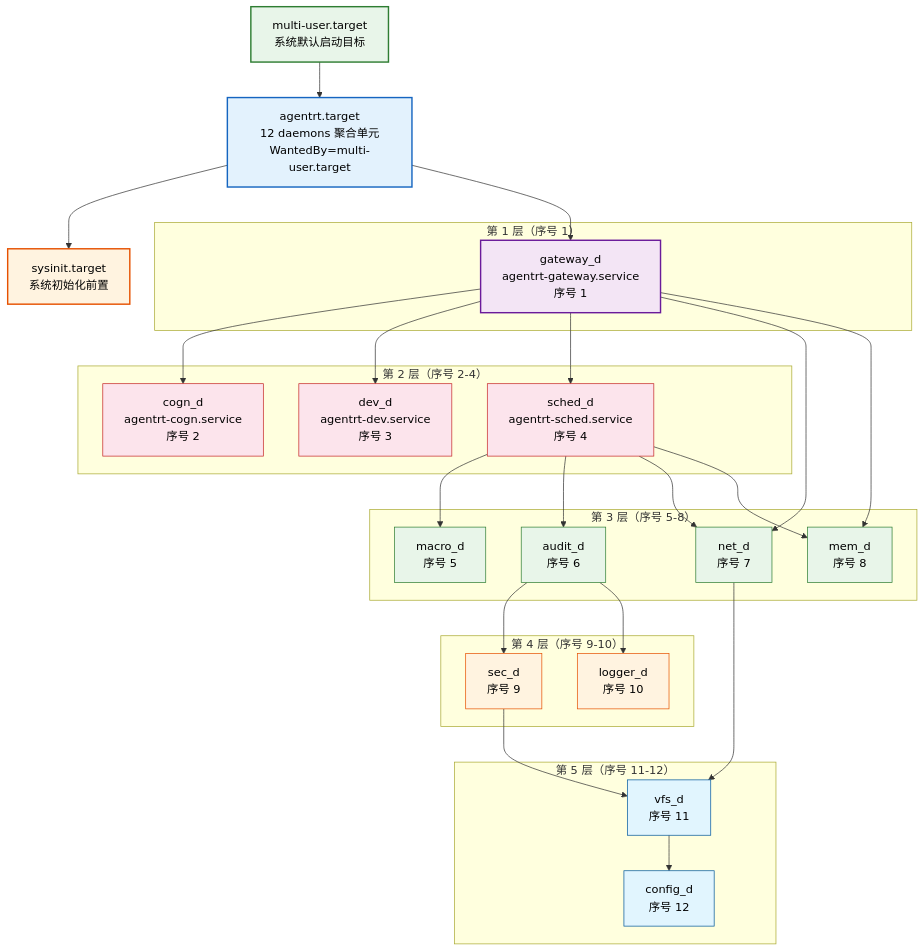
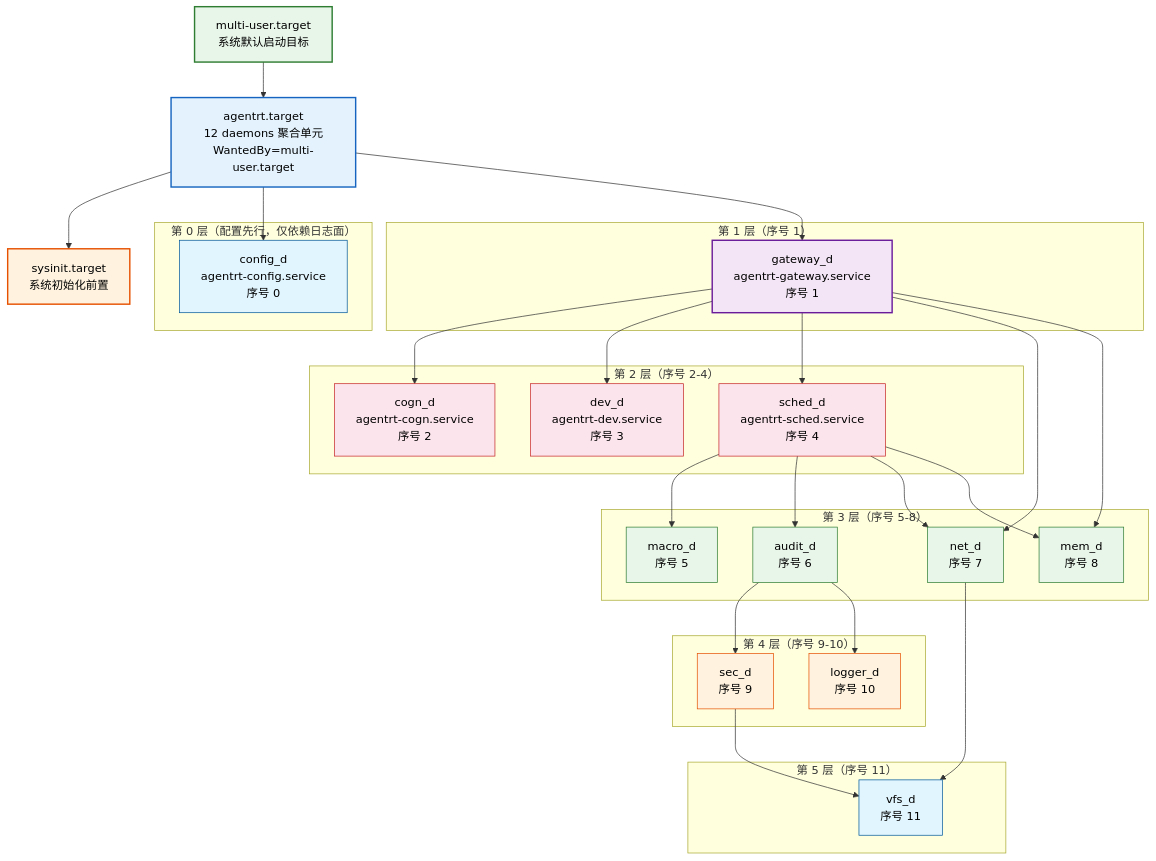
One commit to openairymax/docs-linux changed the sixth of 6 diagrams in 100-operations/01-deployment.md. Above: the diagram before and after it, drawn with Mermaid. The commit also changed other lines of this file and 2 other files, not shown here.

Commit message:
operations: 对齐配置面启动次序与内核观测点语义 配置面改为常驻通知型服务后，启动次序不再经由 vfs 串接，文档中的 依赖表、分层图与模块描述随之更新；同时明确能力面几何由内核发布、 配置侧只做一致性校验，并修正配置格式与降级来源的表述。

````diff
--- a/100-operations/01-deployment.md
+++ b/100-operations/01-deployment.md
@@ -670,68 +670,72 @@
 ```mermaid
 graph TD
     MT["multi-user.target<br/>系统默认启动目标"]
     AT["agentrt.target<br/>12 daemons 聚合单元<br/>WantedBy=multi-user.target"]
     SI["sysinit.target<br/>系统初始化前置"]
 
     MT --> AT
     AT --> SI
+
+    subgraph L0["第 0 层（配置先行，仅依赖日志面）"]
+        CONFIG["config_d<br/>agentrt-config.service<br/>序号 0"]
+    end
 
     subgraph L1["第 1 层（序号 1）"]
         GW["gateway_d<br/>agentrt-gateway.service<br/>序号 1"]
     end
 
     subgraph L2["第 2 层（序号 2-4）"]
         COGN["cogn_d<br/>agentrt-cogn.service<br/>序号 2"]
         DEV["dev_d<br/>agentrt-dev.service<br/>序号 3"]
         SCHED["sched_d<br/>agentrt-sched.service<br/>序号 4"]
     end
 
     subgraph L3["第 3 层（序号 5-8）"]
         MS["macro_d<br/>序号 5"]
         AUDIT["audit_d<br/>序号 6"]
         NET["net_d<br/>序号 7"]
         MEM["mem_d<br/>序号 8"]
     end
 
     subgraph L4["第 4 层（序号 9-10）"]
         SEC["sec_d<br/>序号 9"]
         LOGGER["logger_d<br/>序号 10"]
     end
 
-    subgraph L5["第 5 层（序号 11-12）"]
+    subgraph L5["第 5 层（序号 11）"]
         VFS["vfs_d<br/>序号 11"]
-        CONFIG["config_d<br/>序号 12"]
     end
+
+    AT --> CONFIG
 
     AT --> GW
     GW --> COGN
     GW --> DEV
     GW --> SCHED
     SCHED --> MS
     SCHED --> AUDIT
     GW --> NET
     SCHED --> NET
     GW --> MEM
     SCHED --> MEM
     AUDIT --> SEC
     AUDIT --> LOGGER
     NET --> VFS
     SEC --> VFS
-    VFS --> CONFIG
 
     style MT fill:#e8f5e9,stroke:#2e7d32,stroke-width:2px,color:#000
     style AT fill:#e3f2fd,stroke:#1565c0,stroke-width:2px,color:#000
     style SI fill:#fff3e0,stroke:#e65100,stroke-width:2px,color:#000
     style GW fill:#f3e5f5,stroke:#6a1b9a,stroke-width:2px,color:#000
     style COGN fill:#fce4ec,stroke:#c62828,color:#000
     style DEV fill:#fce4ec,stroke:#c62828,color:#000
     style SCHED fill:#fce4ec,stroke:#c62828,color:#000
     style MS fill:#e8f5e9,stroke:#2e7d32,color:#000
     style AUDIT fill:#e8f5e9,stroke:#2e7d32,color:#000
     style NET fill:#e8f5e9,stroke:#2e7d32,color:#000
     style MEM fill:#e8f5e9,stroke:#2e7d32,color:#000
     style SEC fill:#fff3e0,stroke:#e65100,color:#000
     style LOGGER fill:#fff3e0,stroke:#e65100,color:#000
     style VFS fill:#e1f5fe,stroke:#01579b,color:#000
     style CONFIG fill:#e1f5fe,stroke:#01579b,color:#000
 ```
````
